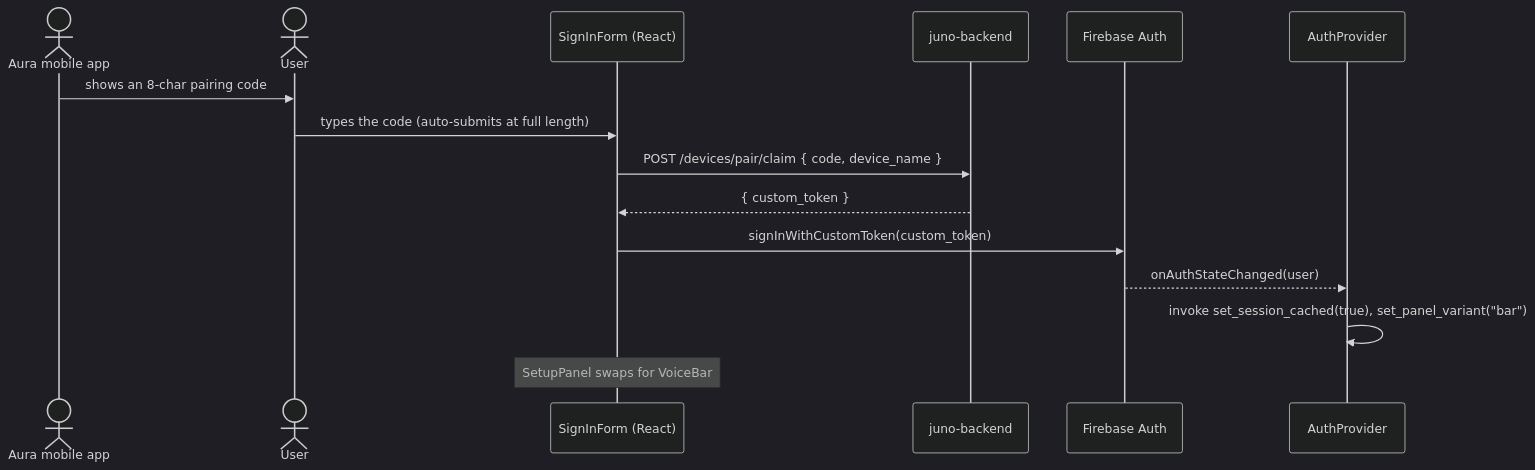
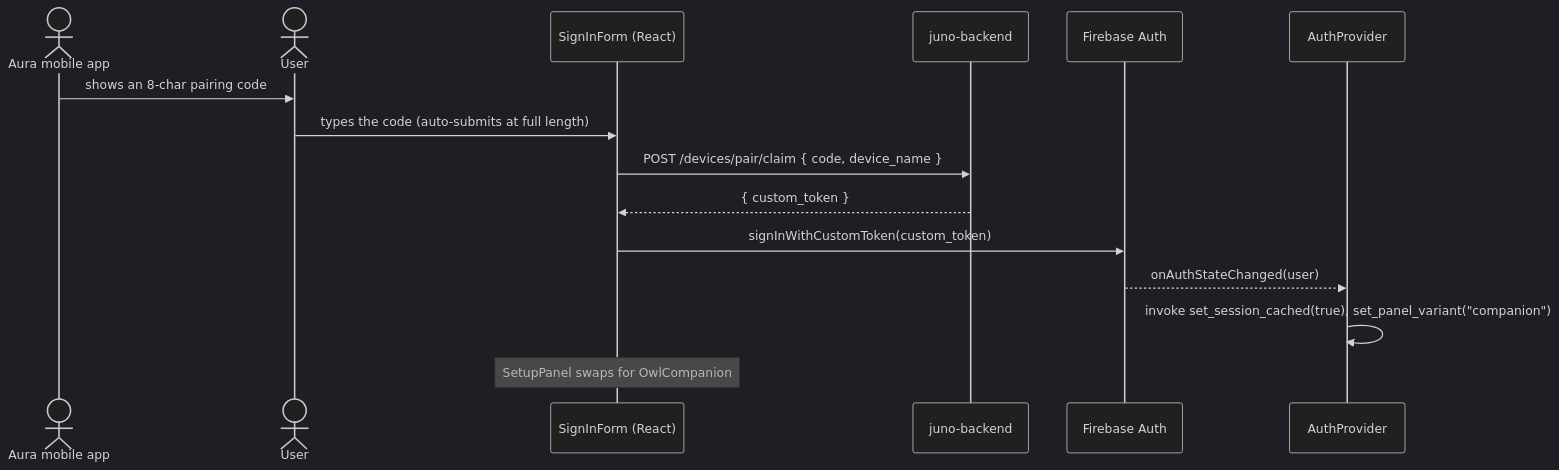
One commit to AuraVoice/Aura-Desktop changed the fifth of 6 diagrams in README.md. Above: the diagram before and after it, drawn with Mermaid (dark theme). The commit also changed other lines of this file and 2 other files, not shown here.

Commit message:
Refactor overlay focus handling to prevent focus-stealing behavior for the notch/Bar. Ensure only the Setup panel forces foreground focus, improving user experience with keyboard interactions.

````diff
--- a/README.md
+++ b/README.md
@@ -303,18 +300,18 @@
 ```mermaid
 sequenceDiagram
     actor Mobile as Aura mobile app
     actor User
     participant Form as SignInForm (React)
     participant Backend as juno-backend
     participant FB as Firebase Auth
     participant Auth as AuthProvider
 
     Mobile->>User: shows an 8-char pairing code
     User->>Form: types the code (auto-submits at full length)
     Form->>Backend: POST /devices/pair/claim { code, device_name }
     Backend-->>Form: { custom_token }
     Form->>FB: signInWithCustomToken(custom_token)
     FB-->>Auth: onAuthStateChanged(user)
-    Auth->>Auth: invoke set_session_cached(true), set_panel_variant("bar")
-    Note over Form: SetupPanel swaps for VoiceBar
+    Auth->>Auth: invoke set_session_cached(true), set_panel_variant("companion")
+    Note over Form: SetupPanel swaps for OwlCompanion
 ```
````
